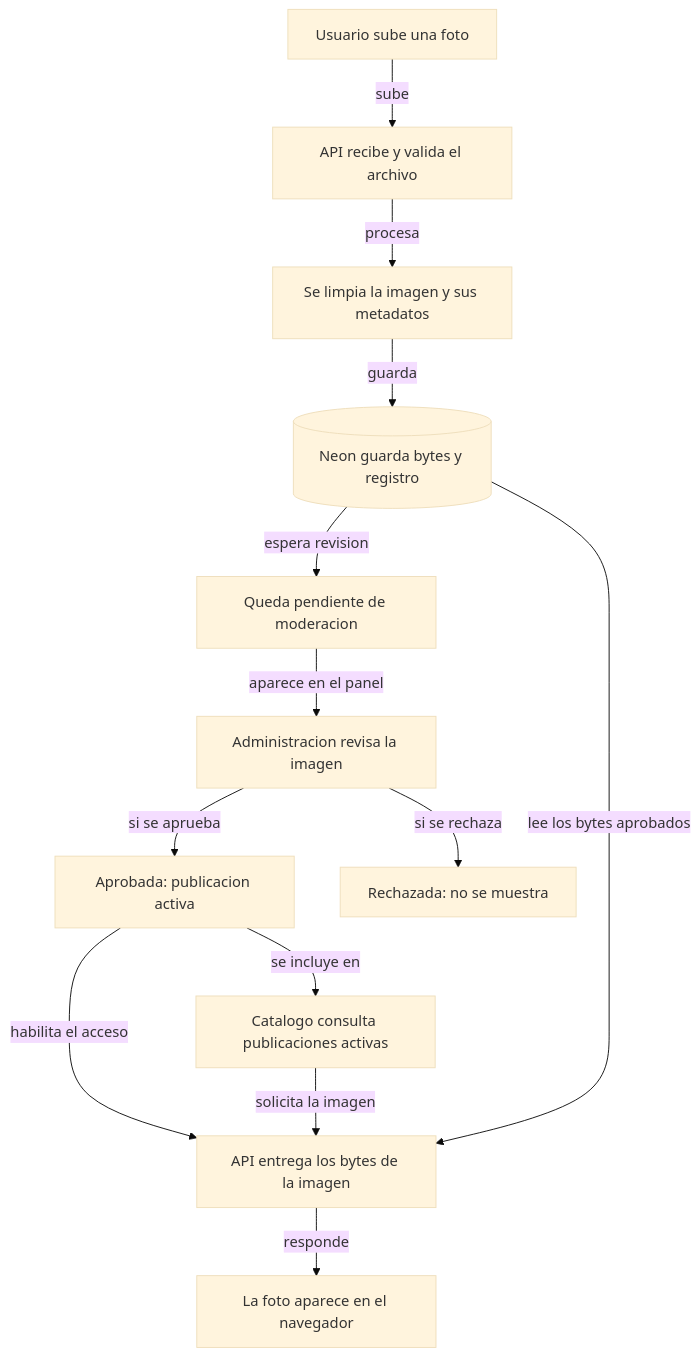
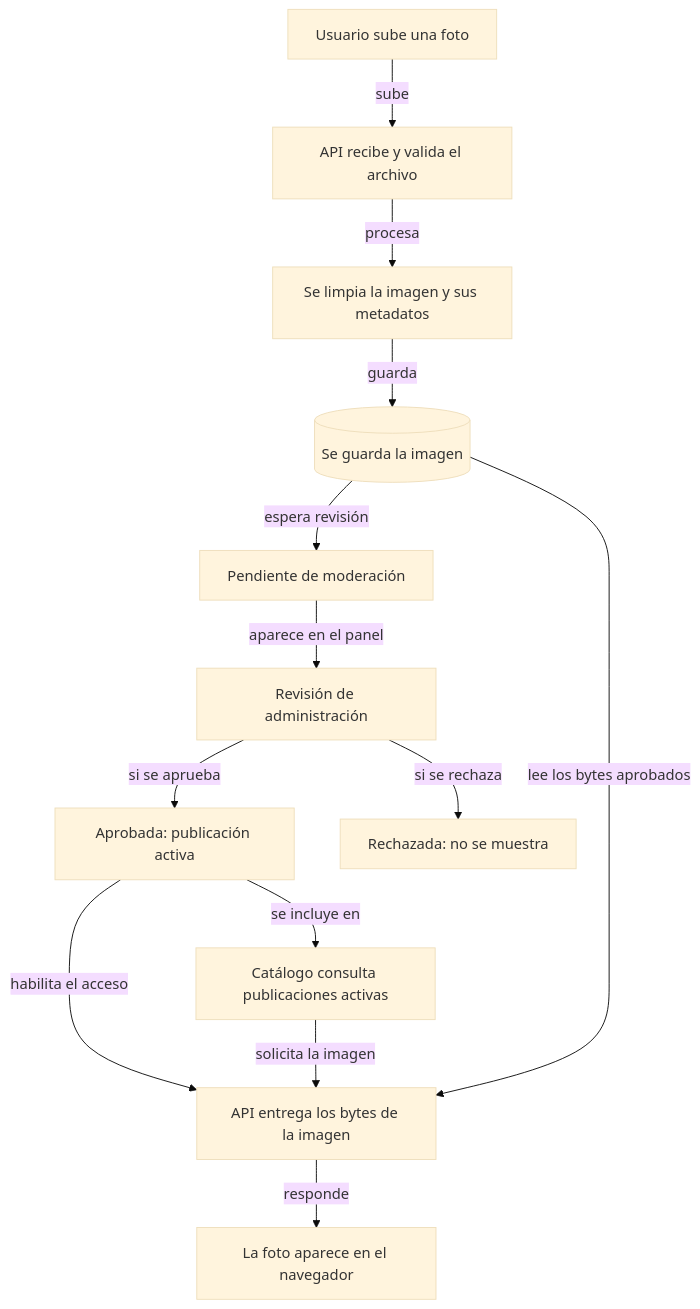
Before and after one commit to GVal24/switchWeb: the first of 4 diagrams in diagramas_mermaid_srs.md, drawn with Mermaid (base theme). The commit also changed other lines of this file and 2 other files, not shown here.

````diff
--- a/diagramas_mermaid_srs.md
+++ b/diagramas_mermaid_srs.md
@@ -33,27 +8,27 @@
 ```mermaid
 flowchart TD
     PhotoUser["Usuario sube una foto"]
     Upload["API recibe y valida el archivo"]
     Sanitize["Se limpia la imagen y sus metadatos"]
-    SaveImage[("Neon guarda bytes y registro")]
-    Queue["Queda pendiente de moderacion"]
-    Review["Administracion revisa la imagen"]
-    Approved["Aprobada: publicacion activa"]
+    SaveImage[("Se guarda la imagen")]
+    Queue["Pendiente de moderación"]
+    Review["Revisión de administración"]
+    Approved["Aprobada: publicación activa"]
     Rejected["Rechazada: no se muestra"]
-    Catalog["Catalogo consulta publicaciones activas"]
+    Catalog["Catálogo consulta publicaciones activas"]
     PublicImage["API entrega los bytes de la imagen"]
     BrowserPhoto["La foto aparece en el navegador"]
 
     PhotoUser -->|"sube"| Upload
     Upload -->|"procesa"| Sanitize
     Sanitize -->|"guarda"| SaveImage
-    SaveImage -->|"espera revision"| Queue
+    SaveImage -->|"espera revisión"| Queue
     Queue -->|"aparece en el panel"| Review
     Review -->|"si se aprueba"| Approved
     Review -->|"si se rechaza"| Rejected
     Approved -->|"se incluye en"| Catalog
     Approved -->|"habilita el acceso"| PublicImage
     Catalog -->|"solicita la imagen"| PublicImage
     SaveImage -->|"lee los bytes aprobados"| PublicImage
     PublicImage -->|"responde"| BrowserPhoto
 ```
````
